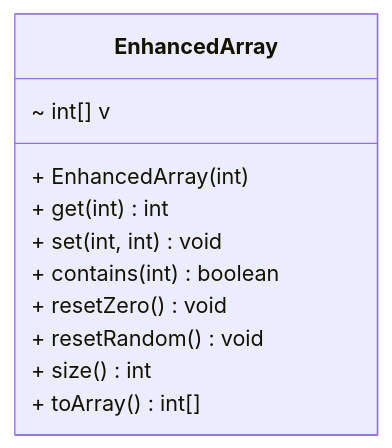
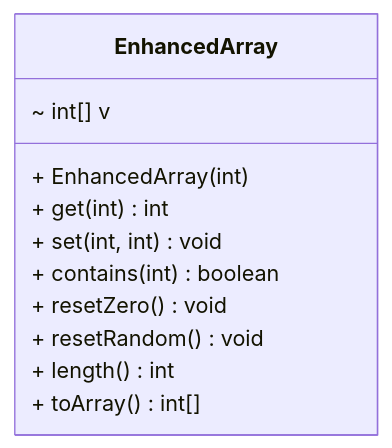
One commit to nbicocchi/learn-java-core changed the sixth of 14 diagrams in src/main/java/com/nbicocchi/exercises/oop/README.md. Above: the diagram before and after it, drawn with Mermaid. The commit also changed other lines of this file and 4 other files, not shown here.

````diff
--- a/src/main/java/com/nbicocchi/exercises/oop/README.md
+++ b/src/main/java/com/nbicocchi/exercises/oop/README.md
@@ -190,15 +190,15 @@
 ```mermaid
 classDiagram
 direction BT
 class EnhancedArray {
   ~ int[] v
   + EnhancedArray(int) 
   + get(int) int
   + set(int, int) void
   + contains(int) boolean
   + resetZero() void
   + resetRandom() void
-  + size() int
+  + length() int
   + toArray() int[]
 }
 ```
````
